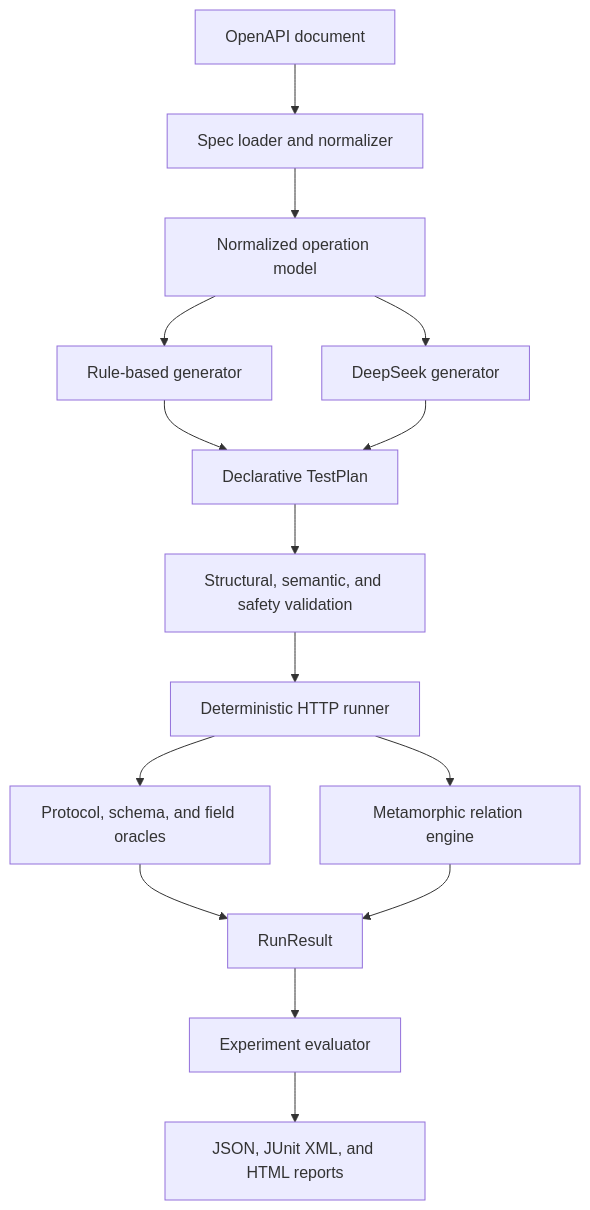
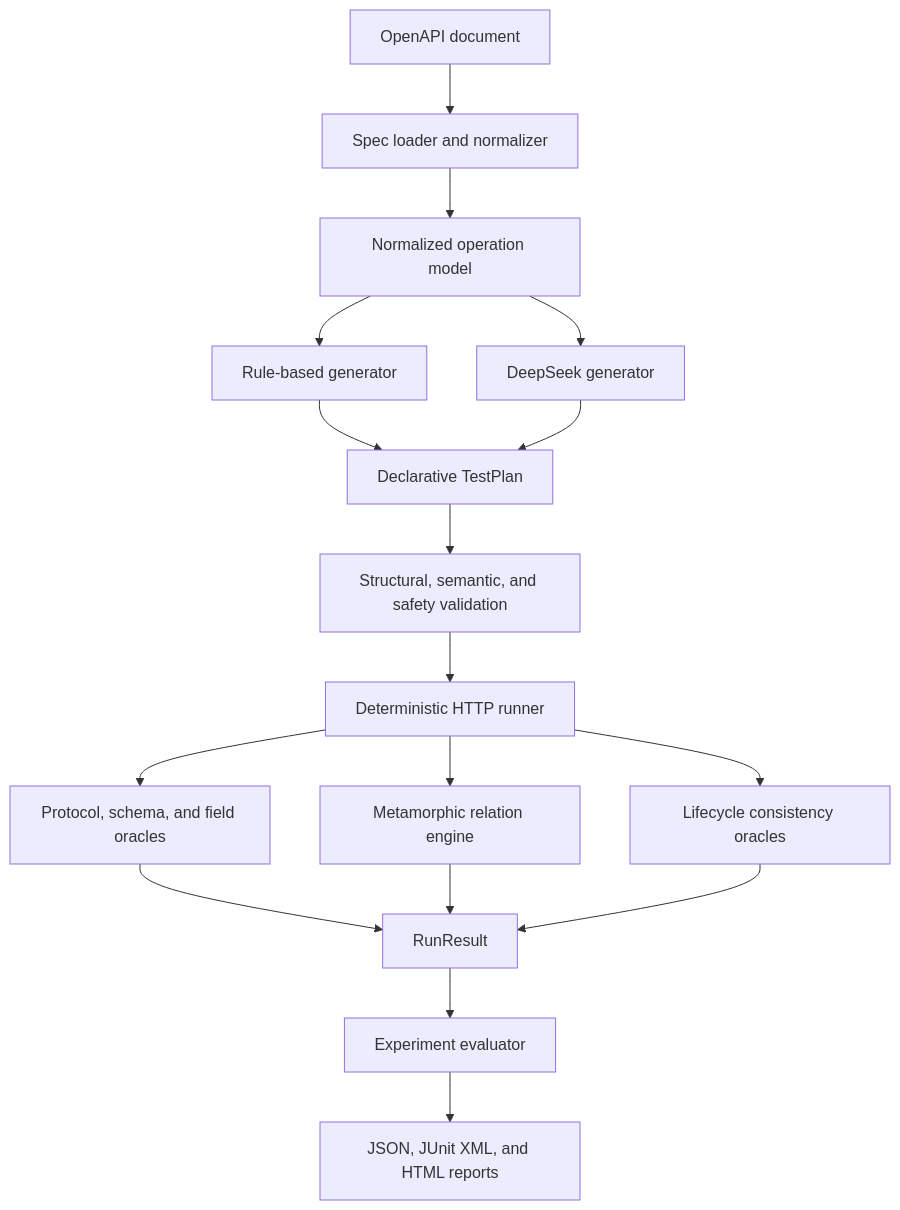
Before and after one commit to fuyuhanCC/openapi-ai-test-evaluator: the first of 2 diagrams in docs/design.md, drawn with Mermaid. The commit also changed other lines of this file and 8 other files, not shown here.

````diff
--- a/docs/design.md
+++ b/docs/design.md
@@ -159,17 +160,19 @@
 ```mermaid
 flowchart TD
     spec["OpenAPI document"] --> loader["Spec loader and normalizer"]
     loader --> model["Normalized operation model"]
     model --> rules["Rule-based generator"]
     model --> llm["DeepSeek generator"]
     rules --> plan["Declarative TestPlan"]
     llm --> plan
     plan --> validation["Structural, semantic, and safety validation"]
     validation --> runner["Deterministic HTTP runner"]
     runner --> oracles["Protocol, schema, and field oracles"]
     runner --> metamorphic["Metamorphic relation engine"]
+    runner --> lifecycle["Lifecycle consistency oracles"]
     oracles --> result["RunResult"]
     metamorphic --> result
+    lifecycle --> result
     result --> evaluator["Experiment evaluator"]
     evaluator --> reports["JSON, JUnit XML, and HTML reports"]
 ```
````
